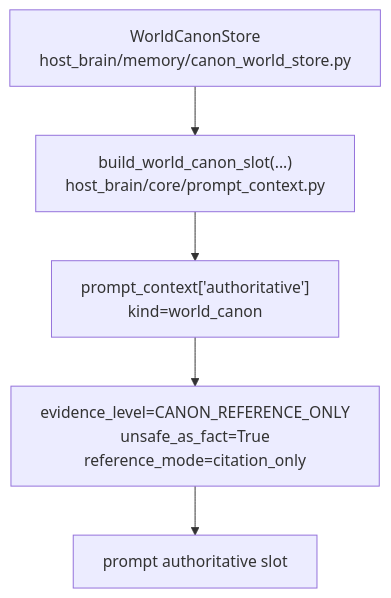
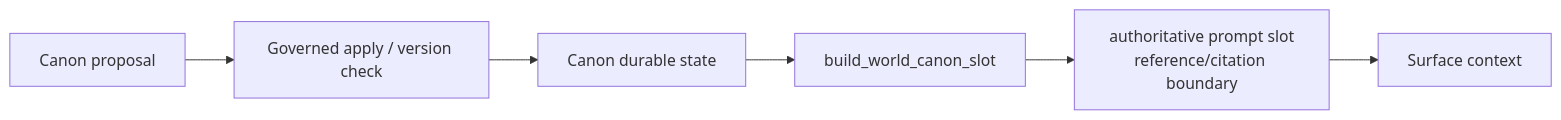
One commit to SakuraYoruno/Natsume_Ai changed the third of 4 diagrams in docs/50_project/arch/diagrams/03_dataflow_recall.md. Above: the diagram before and after it, drawn with Mermaid. The commit also changed other lines of this file and 57 other files, not shown here.

````diff
--- a/docs/50_project/arch/diagrams/03_dataflow_recall.md
+++ b/docs/50_project/arch/diagrams/03_dataflow_recall.md
@@ -106,10 +84,11 @@
 ```mermaid
-flowchart TD
-    STORE["WorldCanonStore<br/>host_brain/memory/canon_world_store.py"]
-    SLOT["build_world_canon_slot(...)<br/>host_brain/core/prompt_context.py"]
-    AUTH["prompt_context['authoritative']<br/>kind=world_canon"]
-    FLAGS["evidence_level=CANON_REFERENCE_ONLY<br/>unsafe_as_fact=True<br/>reference_mode=citation_only"]
-    PROMPT["prompt authoritative slot"]
+flowchart LR
+    PROPOSAL["Canon proposal"]
+    REVIEW["Governed apply / version check"]
+    STORE["Canon durable state"]
+    SLOT["build_world_canon_slot"]
+    AUTH["authoritative prompt slot\nreference/citation boundary"]
+    SURFACE["Surface context"]
 
-    STORE --> SLOT --> AUTH --> FLAGS --> PROMPT
+    PROPOSAL --> REVIEW --> STORE --> SLOT --> AUTH --> SURFACE
 ```
````
